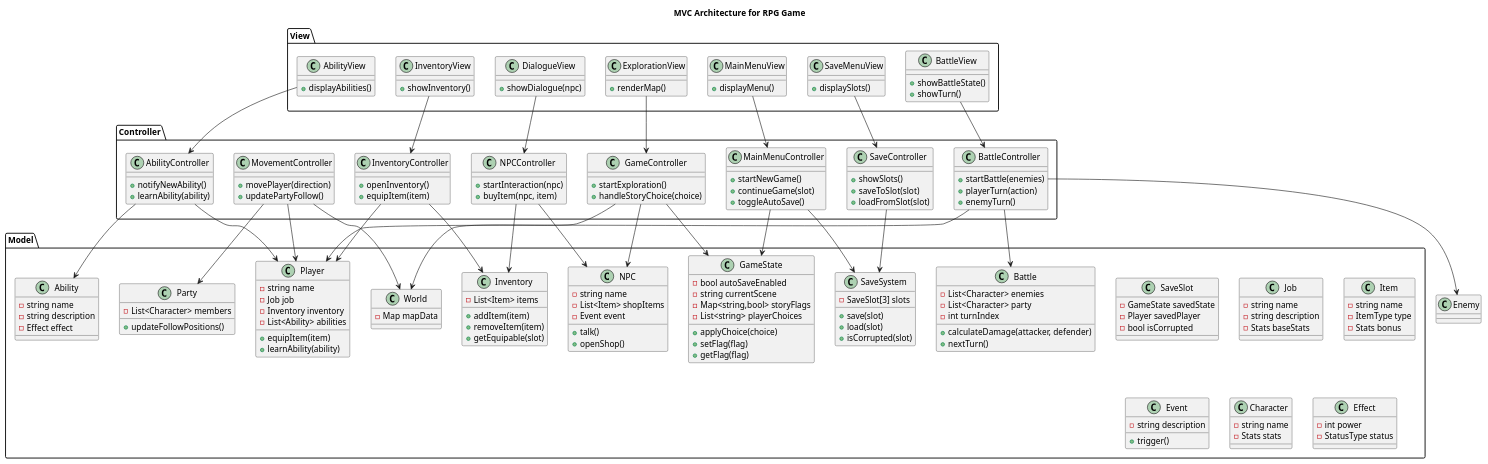
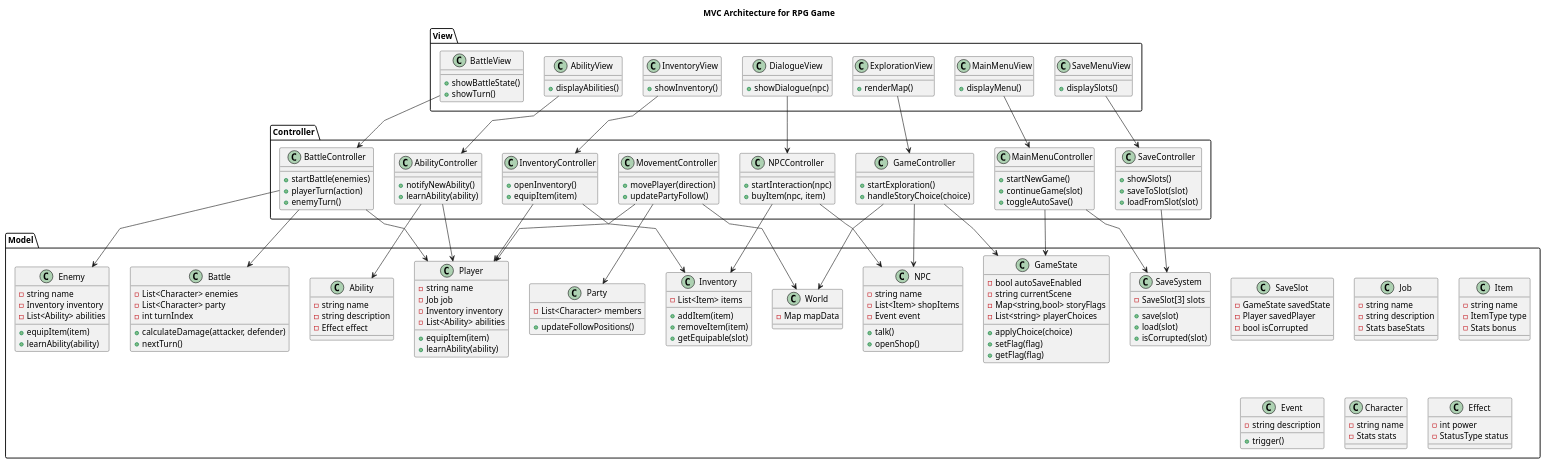
Before and after one commit to samMM-cs/iss-team2: the diagram in mvc2.puml, drawn with PlantUML.

Commit message:
updated mvc2

```diff
--- a/mvc2.puml
+++ b/mvc2.puml
@@ -1,5 +1,5 @@
 @startuml MVC2
-
+skinparam Linetype polyline
 title MVC Architecture for RPG Game
 
 ' ===========================
@@ -8,102 +8,110 @@
 
 package "Model" {
 
-class GameState {
-    - bool autoSaveEnabled
-    - string currentScene
-    - Map<string,bool> storyFlags
-    - List<string> playerChoices
-    + applyChoice(choice)
-    + setFlag(flag)
-    + getFlag(flag)
-}
+  class GameState {
+      - bool autoSaveEnabled
+      - string currentScene
+      - Map<string,bool> storyFlags
+      - List<string> playerChoices
+      + applyChoice(choice)
+      + setFlag(flag)
+      + getFlag(flag)
+  }
 
-class SaveSystem {
-    - SaveSlot[3] slots
-    + save(slot)
-    + load(slot)
-    + isCorrupted(slot)
-}
+  class SaveSystem {
+      - SaveSlot[3] slots
+      + save(slot)
+      + load(slot)
+      + isCorrupted(slot)
+  }
 
-class SaveSlot {
-    - GameState savedState
-    - Player savedPlayer
-    - bool isCorrupted
-}
+  class SaveSlot {
+      - GameState savedState
+      - Player savedPlayer
+      - bool isCorrupted
+  }
 
-class Player {
-    - string name
-    - Job job
-    - Inventory inventory
-    - List<Ability> abilities
-    + equipItem(item)
-    + learnAbility(ability)
-}
+  class Player {
+      - string name
+      - Job job
+      - Inventory inventory
+      - List<Ability> abilities
+      + equipItem(item)
+      + learnAbility(ability)
+  }
 
-class Job {
-    - string name
-    - string description
-    - Stats baseStats
-}
+  class Job {
+      - string name
+      - string description
+      - Stats baseStats
+  }
 
-class Inventory {
-    - List<Item> items
-    + addItem(item)
-    + removeItem(item)
-    + getEquipable(slot)
-}
+  class Inventory {
+      - List<Item> items
+      + addItem(item)
+      + removeItem(item)
+      + getEquipable(slot)
+  }
 
-class Item {
-    - string name
-    - ItemType type
-    - Stats bonus
-}
+  class Item {
+      - string name
+      - ItemType type
+      - Stats bonus
+  }
 
-class NPC {
-    - string name
-    - List<Item> shopItems
-    - Event event
-    + talk()
-    + openShop()
-}
+  class NPC {
+      - string name
+      - List<Item> shopItems
+      - Event event
+      + talk()
+      + openShop()
+  }
 
-class Event {
-    - string description
-    + trigger()
-}
+  class Event {
+      - string description
+      + trigger()
+  }
 
-class World {
-    - Map mapData
-}
+  class World {
+      - Map mapData
+  }
 
-class Party {
-    - List<Character> members
-    + updateFollowPositions()
-}
+  class Party {
+      - List<Character> members
+      + updateFollowPositions()
+  }
 
-class Character {
-    - string name
-    - Stats stats
-}
+  class Character {
+      - string name
+      - Stats stats
+  }
 
-class Battle {
-    - List<Character> enemies
-    - List<Character> party
-    - int turnIndex
-    + calculateDamage(attacker, defender)
-    + nextTurn()
-}
+  class Battle {
+      - List<Character> enemies
+      - List<Character> party
+      - int turnIndex
+      + calculateDamage(attacker, defender)
+      + nextTurn()
+  }
 
-class Ability {
-    - string name
-    - string description
-    - Effect effect
-}
+  class Ability {
+      - string name
+      - string description
+      - Effect effect
+  }
 
-class Effect {
-    - int power
-    - StatusType status
-}
+  class Effect {
+      - int power
+      - StatusType status
+  }
+
+  class Enemy {
+      - string name
+      - Inventory inventory
+      - List<Ability> abilities
+      + equipItem(item)
+      + learnAbility(ability)
+  }
 
 }
 
@@ -113,48 +121,48 @@
 
 package "Controller" {
 
-class MainMenuController {
-    + startNewGame()
-    + continueGame(slot)
-    + toggleAutoSave()
-}
+  class MainMenuController {
+      + startNewGame()
+      + continueGame(slot)
+      + toggleAutoSave()
+  }
 
-class SaveController {
-    + showSlots()
-    + saveToSlot(slot)
-    + loadFromSlot(slot)
-}
+  class SaveController {
+      + showSlots()
+      + saveToSlot(slot)
+      + loadFromSlot(slot)
+  }
 
-class GameController {
-    + startExploration()
-    + handleStoryChoice(choice)
-}
+  class GameController {
+      + startExploration()
+      + handleStoryChoice(choice)
+  }
 
-class InventoryController {
-    + openInventory()
-    + equipItem(item)
-}
+  class InventoryController {
+      + openInventory()
+      + equipItem(item)
+  }
 
-class NPCController {
-    + startInteraction(npc)
-    + buyItem(npc, item)
-}
+  class NPCController {
+      + startInteraction(npc)
+      + buyItem(npc, item)
+  }
 
-class MovementController {
-    + movePlayer(direction)
-    + updatePartyFollow()
-}
+  class MovementController {
+      + movePlayer(direction)
+      + updatePartyFollow()
+  }
 
-class BattleController {
-    + startBattle(enemies)
-    + playerTurn(action)
-    + enemyTurn()
-}
+  class BattleController {
+      + startBattle(enemies)
+      + playerTurn(action)
+      + enemyTurn()
+  }
 
-class AbilityController {
-    + notifyNewAbility()
-    + learnAbility(ability)
-}
+  class AbilityController {
+      + notifyNewAbility()
+      + learnAbility(ability)
+  }
 
 }
 
@@ -164,34 +172,34 @@
 
 package "View" {
 
-class MainMenuView {
-    + displayMenu()
-}
+  class MainMenuView {
+      + displayMenu()
+  }
 
-class SaveMenuView {
-    + displaySlots()
-}
+  class SaveMenuView {
+      + displaySlots()
+  }
 
-class InventoryView {
-    + showInventory()
-}
+  class InventoryView {
+      + showInventory()
+  }
 
-class DialogueView {
-    + showDialogue(npc)
-}
+  class DialogueView {
+      + showDialogue(npc)
+  }
 
-class BattleView {
-    + showBattleState()
-    + showTurn()
-}
+  class BattleView {
+      + showBattleState()
+      + showTurn()
+  }
 
-class ExplorationView {
-    + renderMap()
-}
+  class ExplorationView {
+      + renderMap()
+  }
 
-class AbilityView {
-    + displayAbilities()
-}
+  class AbilityView {
+      + displayAbilities()
+  }
 
 }
 
```
